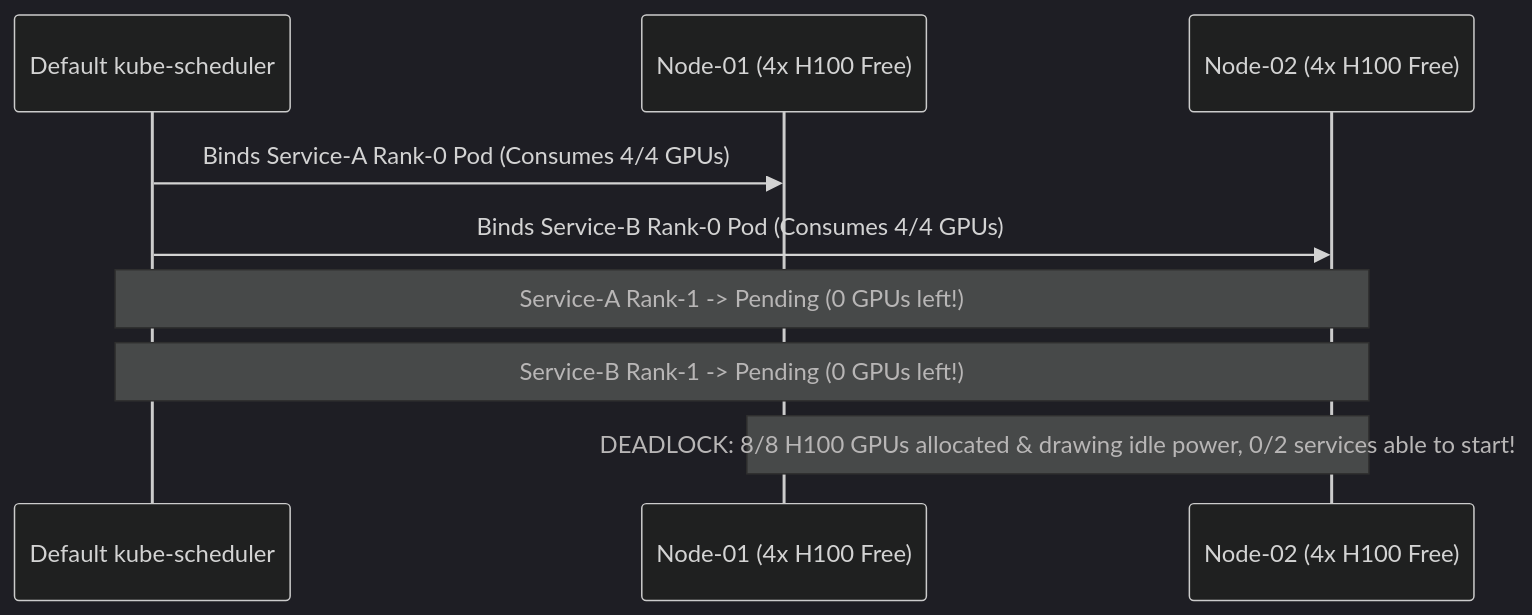
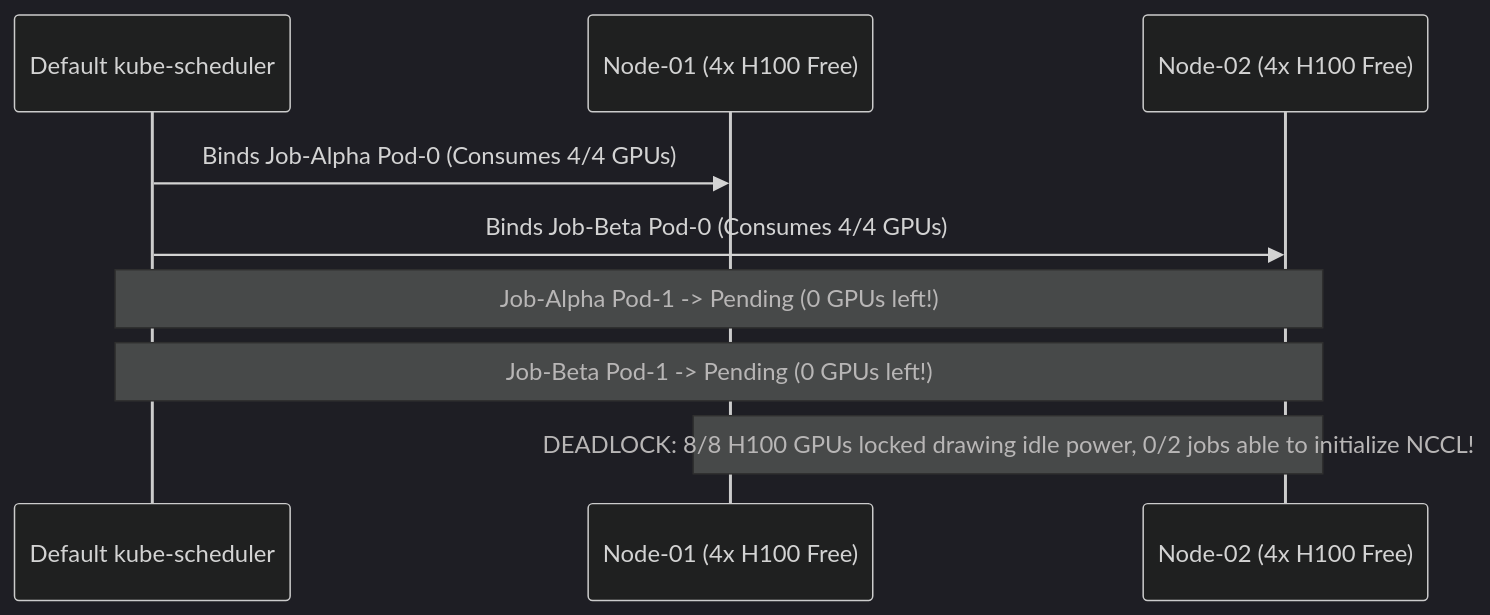
One commit to xsub/AiOps_on_K8S_Fundamentals_n_Practicies changed the first of 5 diagrams in docs/03-advanced-workload-scheduling.md. Above: the diagram before and after it, drawn with Mermaid (dark theme). The commit also changed other lines of this file and 20 other files, not shown here.

````diff
--- a/docs/03-advanced-workload-scheduling.md
+++ b/docs/03-advanced-workload-scheduling.md
@@ -15,12 +21,12 @@
 ```mermaid
 sequenceDiagram
     participant Sched as Default kube-scheduler
     participant N1 as Node-01 (4x H100 Free)
     participant N2 as Node-02 (4x H100 Free)
 
-    Sched->>N1: Binds Service-A Rank-0 Pod (Consumes 4/4 GPUs)
-    Sched->>N2: Binds Service-B Rank-0 Pod (Consumes 4/4 GPUs)
-    Note over Sched,N2: Service-A Rank-1 -> Pending (0 GPUs left!)
-    Note over Sched,N2: Service-B Rank-1 -> Pending (0 GPUs left!)
-    Note over N1,N2: DEADLOCK: 8/8 H100 GPUs allocated & drawing idle power, 0/2 services able to start!
+    Sched->>N1: Binds Job-Alpha Pod-0 (Consumes 4/4 GPUs)
+    Sched->>N2: Binds Job-Beta Pod-0 (Consumes 4/4 GPUs)
+    Note over Sched,N2: Job-Alpha Pod-1 -> Pending (0 GPUs left!)
+    Note over Sched,N2: Job-Beta Pod-1 -> Pending (0 GPUs left!)
+    Note over N1,N2: DEADLOCK: 8/8 H100 GPUs locked drawing idle power, 0/2 jobs able to initialize NCCL!
 ```
````
